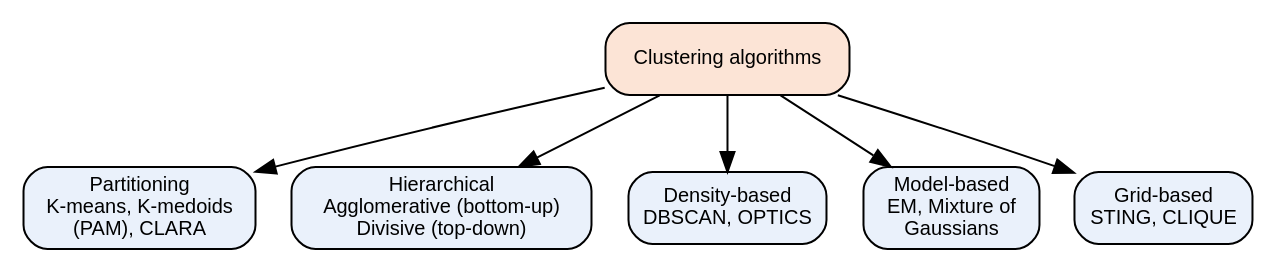
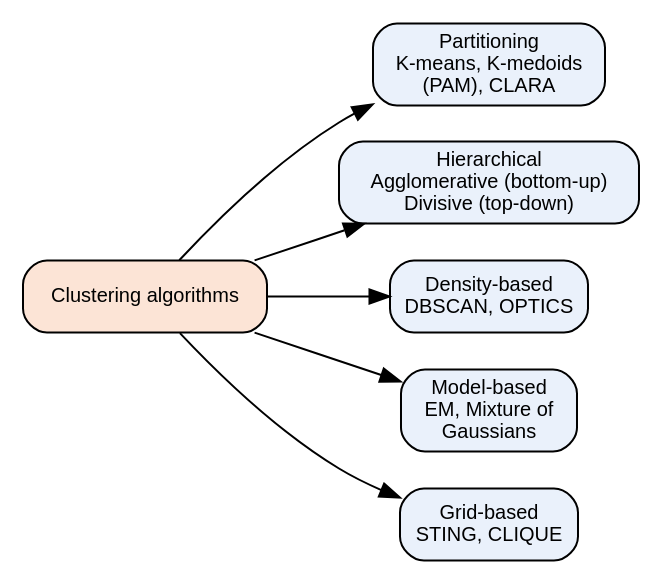
One commit to MandarGavali/seven_endsem changed the second of 5 diagrams in Exam_Prep/Information Retrieval/content/IR_Unit2_Exam_Answers.md. Above: the diagram before and after it, drawn with Graphviz. The commit also changed 4 other files, not shown here.

````diff
--- a/Exam_Prep/Information Retrieval/content/IR_Unit2_Exam_Answers.md
+++ b/Exam_Prep/Information Retrieval/content/IR_Unit2_Exam_Answers.md
@@ -92,6 +92,6 @@
 ```dot clus_types
-digraph G { rankdir=TB; node [shape=box, style="rounded,filled", fillcolor="#EAF1FB", fontname="Helvetica", fontsize=10];
+digraph G { rankdir=LR; node [shape=box, style="rounded,filled", fillcolor="#EAF1FB", fontname="Helvetica", fontsize=10];
 R [label="Clustering algorithms", fillcolor="#FCE4D6"];
 P [label="Partitioning\nK-means, K-medoids\n(PAM), CLARA"]; H [label="Hierarchical\nAgglomerative (bottom-up)\nDivisive (top-down)"]; D [label="Density-based\nDBSCAN, OPTICS"]; M [label="Model-based\nEM, Mixture of\nGaussians"]; G2 [label="Grid-based\nSTING, CLIQUE"];
 R -> P; R -> H; R -> D; R -> M; R -> G2; }
 ```
````
